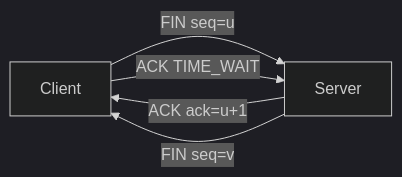
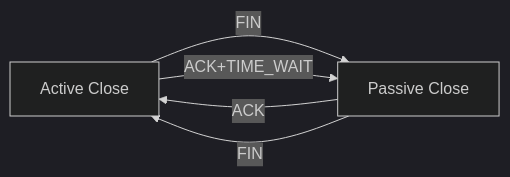
One commit to yjkim2015/yjkim2015.github.io changed the third of 6 diagrams in _posts/network/2026-05-03-tcp-udp-deep.md. Above: the diagram before and after it, drawn with Mermaid (dark theme). The commit also changed other lines of this file and 4 other files, not shown here.

````diff
--- a/_posts/network/2026-05-03-tcp-udp-deep.md
+++ b/_posts/network/2026-05-03-tcp-udp-deep.md
@@ -94,7 +248,7 @@
 ```mermaid
 graph LR
-    C["Client"] -->|"FIN seq=u"| S["Server"]
-    S -->|"ACK ack=u+1"| C
-    S -->|"FIN seq=v"| C
-    C -->|"ACK TIME_WAIT"| S
+    C["Active Close"] -->|"FIN"| S["Passive Close"]
+    S -->|"ACK"| C
+    S -->|"FIN"| C
+    C -->|"ACK+TIME_WAIT"| S
 ```
````
